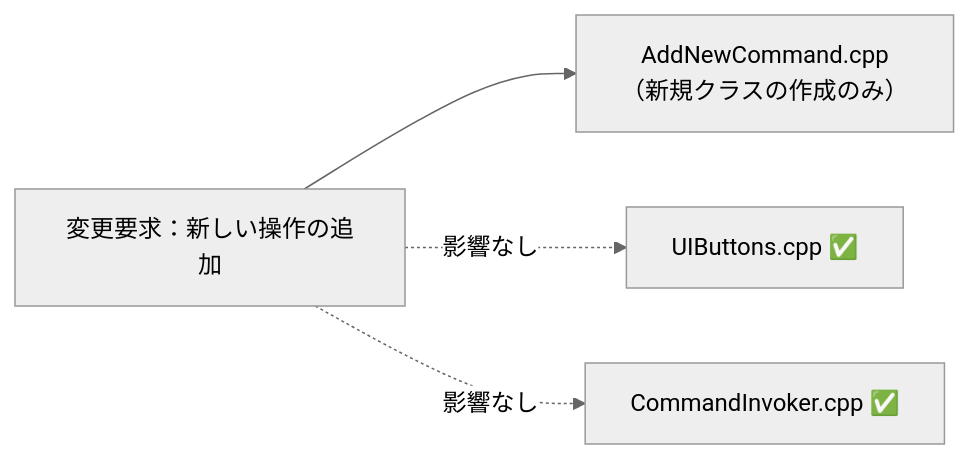
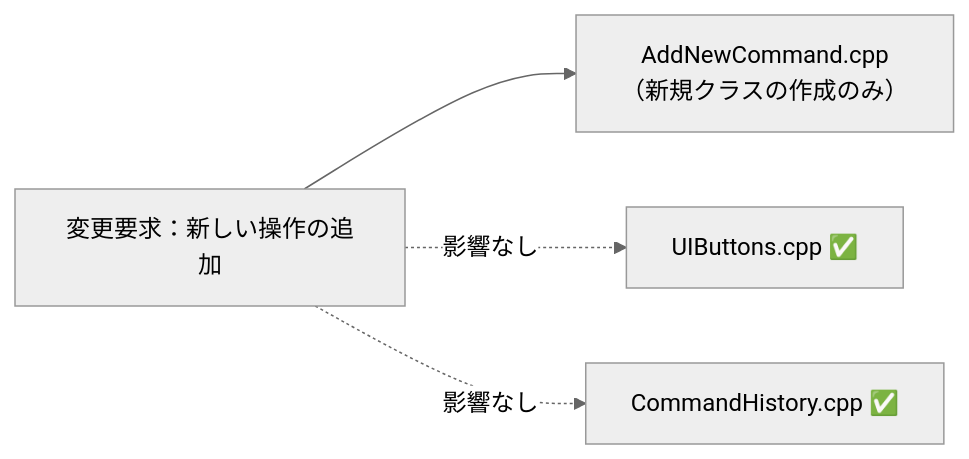
Before and after one commit to kumachan1101-pixel/DesignPattern: diagram 12 of 13 in kindle/design-patterns/output/chapter05.md, drawn with Mermaid (neutral theme). The commit also changed other lines of this file and 1 other file, not shown here.

````diff
--- a/kindle/design-patterns/output/chapter05.md
+++ b/kindle/design-patterns/output/chapter05.md
@@ -1222,10 +1363,7 @@
 ```mermaid
 graph LR
-    %% 【改善後の変更影響グラフ。フェーズ3と同じシナリオで、変更が局所化された様子を示す。
-    %%   変更が1クラスだけに閉じていることを矢印で示す。
-    %%   影響を受けないクラスには「影響なし」の点線矢印を付ける】
     T1["変更要求：新しい操作の追加"] --> F1["AddNewCommand.cpp<br>（新規クラスの作成のみ）"]
     T1 -. "影響なし" .-> A["UIButtons.cpp ✅"]
-    T1 -. "影響なし" .-> B["CommandInvoker.cpp ✅"]
+    T1 -. "影響なし" .-> B["CommandHistory.cpp ✅"]
 
 ```
````
